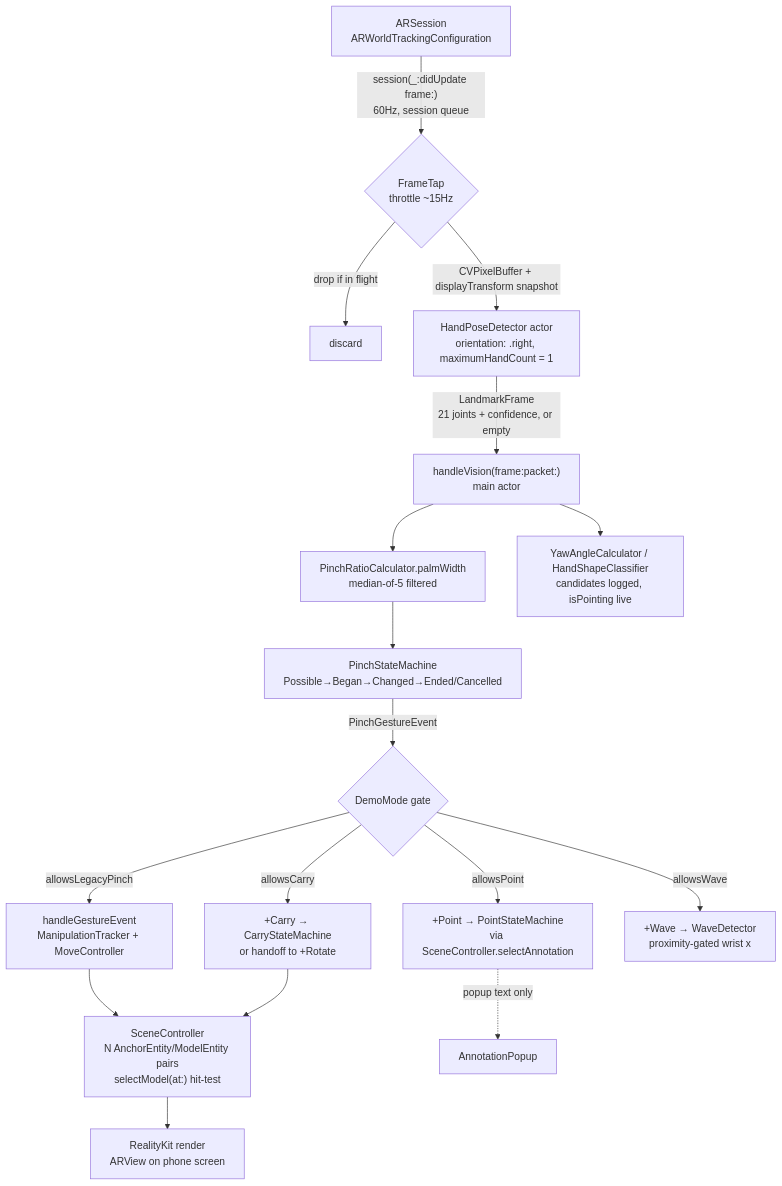
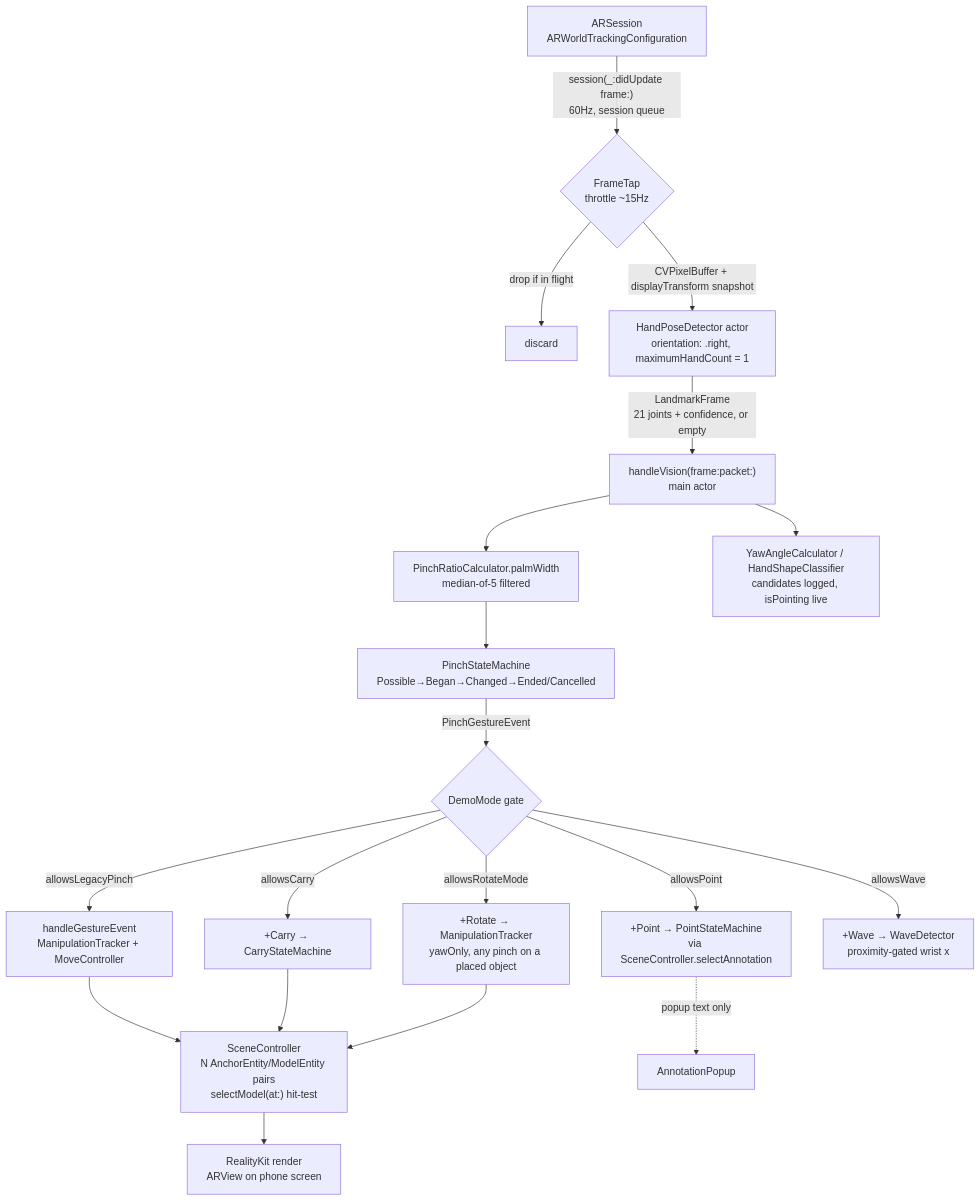
Before and after one commit to teresakae/ARCorals: the diagram in docs/ARCHITECTURE.md, drawn with Mermaid. The commit also changed other lines of this file and 24 other files, not shown here.

Commit message:
feat(gestures): split Adjust/Rotate modes, add pest throw, fix pinch/point feel

````diff
--- a/docs/ARCHITECTURE.md
+++ b/docs/ARCHITECTURE.md
@@ -17,19 +17,21 @@
 ```mermaid
 flowchart TD
     A["ARSession<br/>ARWorldTrackingConfiguration"] -->|"session(_:didUpdate frame:)<br/>60Hz, session queue"| B{"FrameTap<br/>throttle ~15Hz"}
     B -->|"drop if in flight"| X["discard"]
     B -->|"CVPixelBuffer + displayTransform snapshot"| C["HandPoseDetector actor<br/>orientation: .right, maximumHandCount = 1"]
     C -->|"LandmarkFrame<br/>21 joints + confidence, or empty"| D["handleVision(frame:packet:)<br/>main actor"]
     D --> E["PinchRatioCalculator.palmWidth<br/>median-of-5 filtered"]
     D --> F["YawAngleCalculator / HandShapeClassifier<br/>candidates logged, isPointing live"]
     E --> G["PinchStateMachine<br/>Possible→Began→Changed→Ended/Cancelled"]
     G -->|"PinchGestureEvent"| H{"DemoMode gate"}
     H -->|"allowsLegacyPinch"| I["handleGestureEvent<br/>ManipulationTracker + MoveController"]
-    H -->|"allowsCarry"| J["+Carry → CarryStateMachine<br/>or handoff to +Rotate"]
+    H -->|"allowsCarry"| J["+Carry → CarryStateMachine"]
+    H -->|"allowsRotateMode"| R["+Rotate → ManipulationTracker<br/>yawOnly, any pinch on a placed object"]
     H -->|"allowsPoint"| K["+Point → PointStateMachine<br/>via SceneController.selectAnnotation"]
     H -->|"allowsWave"| L["+Wave → WaveDetector<br/>proximity-gated wrist x"]
     I --> M["SceneController<br/>N AnchorEntity/ModelEntity pairs<br/>selectModel(at:) hit-test"]
     J --> M
+    R --> M
     K -.->|"popup text only"| N["AnnotationPopup"]
     M --> P["RealityKit render<br/>ARView on phone screen"]
 ```
````
